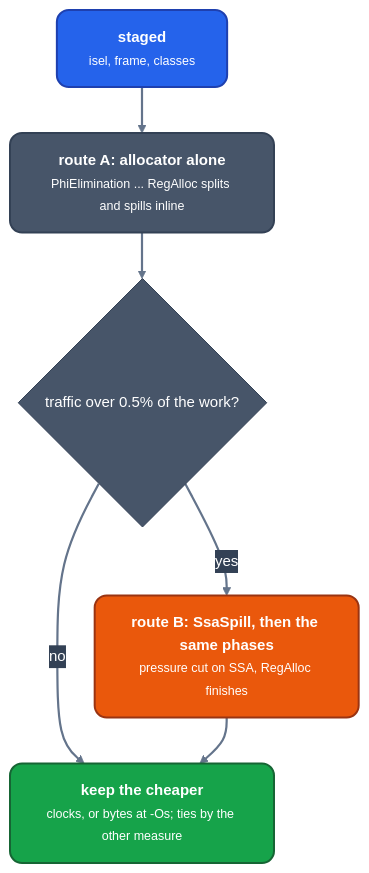
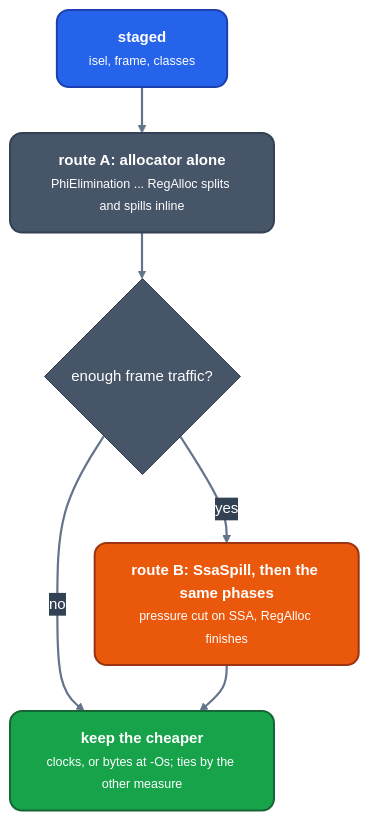
One commit to ali-mosavian/llrm changed the diagram in docs/machine/register-allocation/ssa-spill-route.md. Above: the diagram before and after it, drawn with Mermaid. The commit also changed 3 other files, not shown here.

````diff
--- a/docs/machine/register-allocation/ssa-spill-route.md
+++ b/docs/machine/register-allocation/ssa-spill-route.md
@@ -7,17 +7,17 @@
 ```mermaid
 %%{init: {'theme':'base','themeVariables':{'fontFamily':'Segoe UI, Helvetica Neue, Arial, DejaVu Sans, sans-serif','fontSize':'15px','primaryColor':'#475569','primaryTextColor':'#ffffff','primaryBorderColor':'#334155','lineColor':'#64748b','secondaryColor':'#475569','tertiaryColor':'transparent','clusterBkg':'transparent','clusterBorder':'#64748b','edgeLabelBackground':'#334155','textColor':'#64748b','titleColor':'#64748b'},'flowchart':{'curve':'basis','nodeSpacing':38,'rankSpacing':46,'padding':16,'htmlLabels':true,'useMaxWidth':true}}}%%
 flowchart TB
   classDef src fill:#2563eb,stroke:#1e40af,stroke-width:2px,color:#ffffff,rx:12px,ry:12px
   classDef mid fill:#475569,stroke:#334155,stroke-width:2px,color:#ffffff,rx:12px,ry:12px
   classDef opt fill:#ea580c,stroke:#9a3412,stroke-width:2px,color:#ffffff,rx:12px,ry:12px
   classDef out fill:#16a34a,stroke:#166534,stroke-width:2px,color:#ffffff,rx:12px,ry:12px
   linkStyle default stroke:#64748b,stroke-width:2.2px
   st["<b>staged</b><br/><small>isel, frame, classes</small>"]:::src
   a["<b>route A: allocator alone</b><br/><small>PhiElimination ... RegAlloc splits and spills inline</small>"]:::mid
-  chk{"traffic over 0.5% of the work?"}
+  chk{"enough frame traffic?"}
   b["<b>route B: SsaSpill, then the same phases</b><br/><small>pressure cut on SSA, RegAlloc finishes</small>"]:::opt
   keep["<b>keep the cheaper</b><br/><small>clocks, or bytes at -Os; ties by the other measure</small>"]:::out
   st --> a --> chk
   chk -->|no| keep
   chk -->|yes| b --> keep
 ```
````
